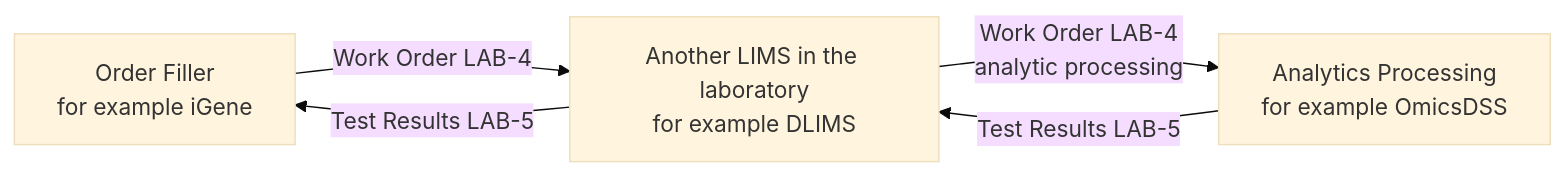
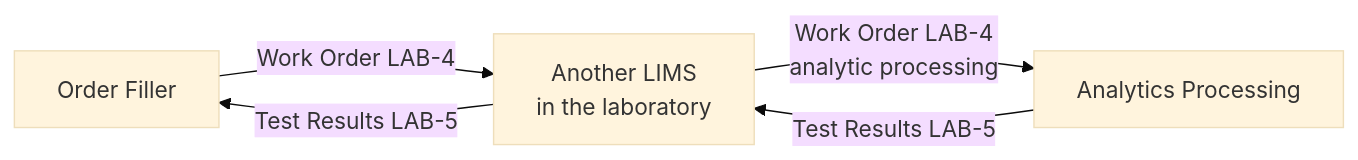
One commit to nw-gmsa/nw-gmsa.github.com changed the fourth of 5 diagrams in input/pagecontent/overview.md. Above: the diagram before and after it, drawn with Mermaid (base theme). The commit also changed other lines of this file and 3 other files, not shown here.

````diff
--- a/input/pagecontent/overview.md
+++ b/input/pagecontent/overview.md
@@ -101,7 +100,7 @@
 ```mermaid
 graph LR
-    OF["Order Filler<br/>for example iGene"] --> |"Work Order LAB-4"| L2["Another LIMS in the laboratory<br/>for example DLIMS"]
-    L2 --> |"Work Order LAB-4<br/>analytic processing"| AP["Analytics Processing<br/>for example OmicsDSS"]
+    OF["Order Filler"] --> |"Work Order LAB-4"| L2["Another LIMS<br/>in the laboratory"]
+    L2 --> |"Work Order LAB-4<br/>analytic processing"| AP["Analytics Processing"]
     AP --> |"Test Results LAB-5"| L2
     L2 --> |"Test Results LAB-5"| OF
 ```
````
